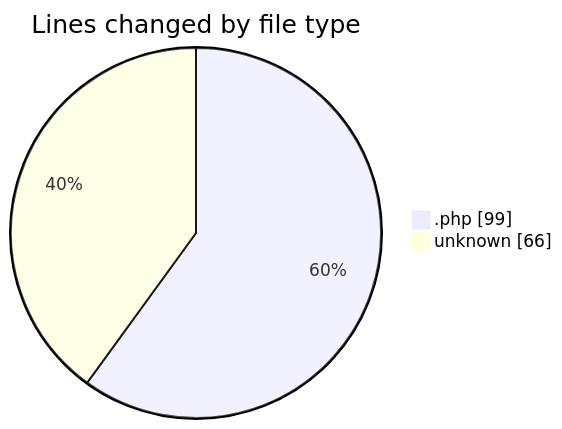
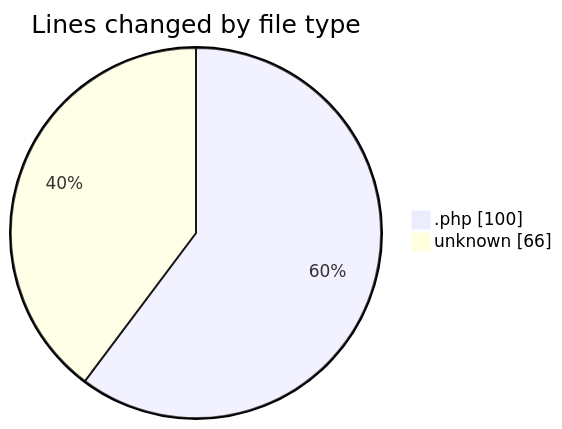
The first of 2 diagrams in 2025-10-13/url-shortener/README.md (Ritupan-Deka/code-tracking), drawn with Mermaid before and after one commit. The commit also changed other lines of this file and 1 other file, not shown here.

````diff
--- a/2025-10-13/url-shortener/README.md
+++ b/2025-10-13/url-shortener/README.md
@@ -22,6 +22,6 @@
 ```mermaid
 pie showData
 title Lines changed by file type
-".php" : 99
+".php" : 100
 "unknown" : 66
 ```
````
